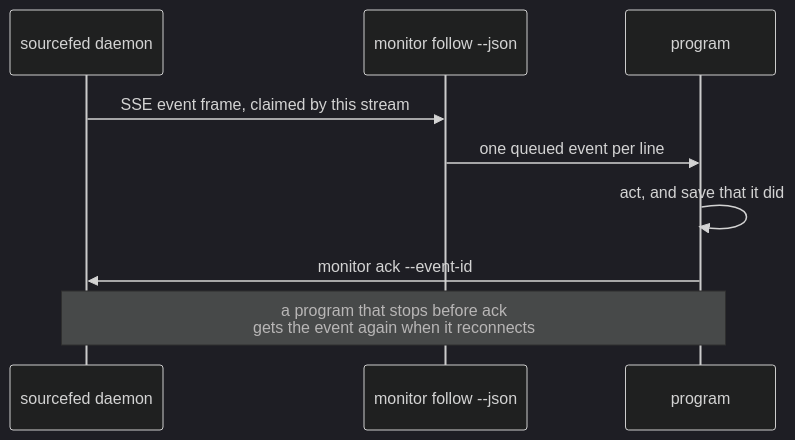
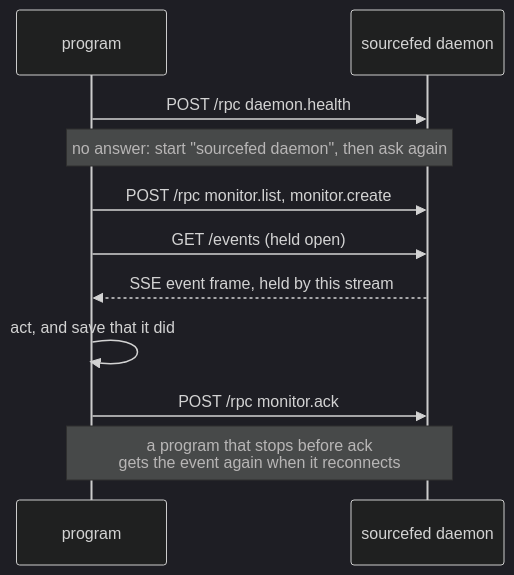
One commit to StevenJPx2/sourcefed changed the diagram in docs/program-targets.md. Above: the diagram before and after it, drawn with Mermaid (dark theme). The commit also changed other lines of this file and 10 other files, not shown here.

Commit message:
feat(daemon): add daemon.health and document the HTTP protocol for programs (#17)

````diff
--- a/docs/program-targets.md
+++ b/docs/program-targets.md
@@ -20,11 +20,13 @@
 ```mermaid
 sequenceDiagram
+    participant P as program
     participant D as sourcefed daemon
-    participant F as monitor follow --json
-    participant P as program
-    D->>F: SSE event frame, claimed by this stream
-    F->>P: one queued event per line
+    P->>D: POST /rpc daemon.health
+    Note over P,D: no answer: start "sourcefed daemon", then ask again
+    P->>D: POST /rpc monitor.list, monitor.create
+    P->>D: GET /events (held open)
+    D-->>P: SSE event frame, held by this stream
     P->>P: act, and save that it did
-    P->>D: monitor ack --event-id
-    Note over D,P: a program that stops before ack<br/>gets the event again when it reconnects
+    P->>D: POST /rpc monitor.ack
+    Note over P,D: a program that stops before ack<br/>gets the event again when it reconnects
 ```
````
